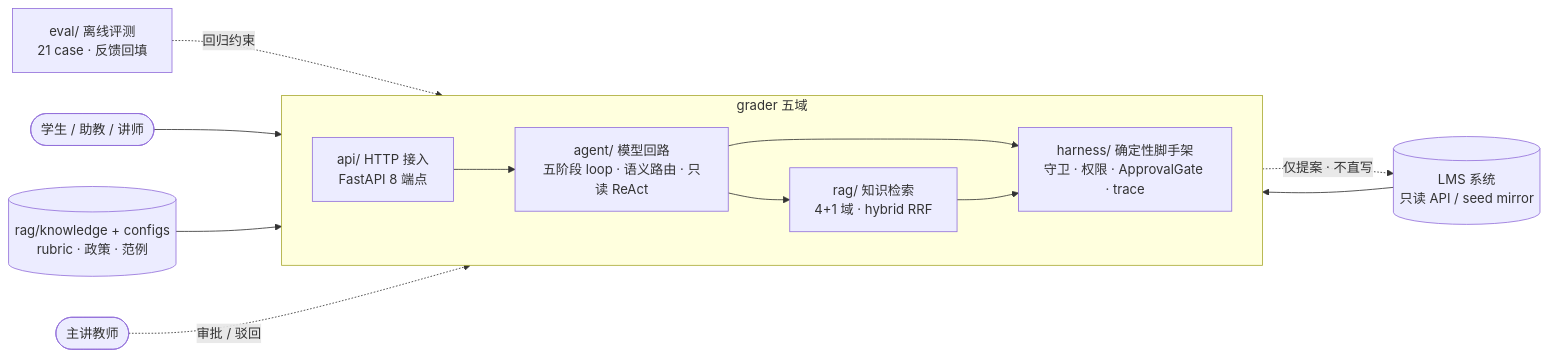
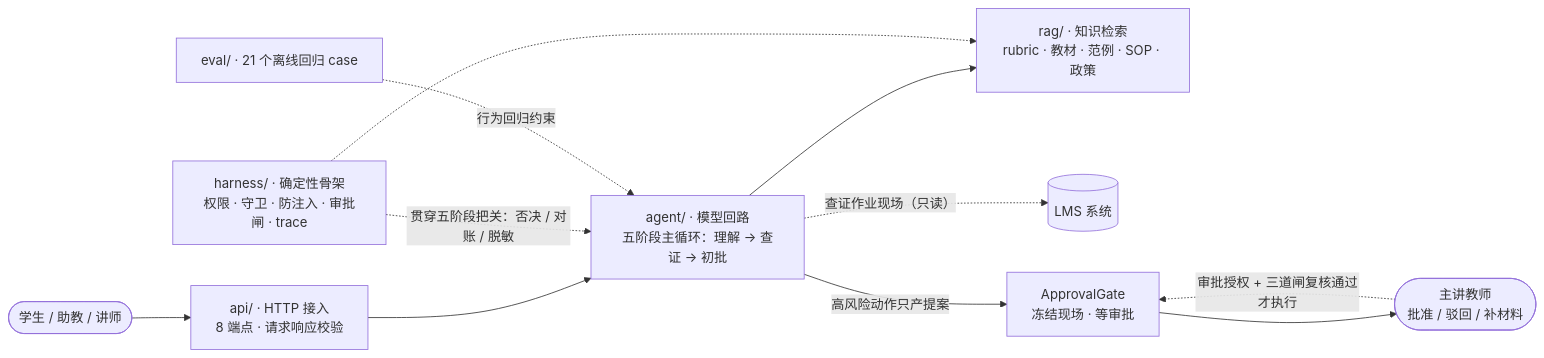
The first of 2 diagrams in README.md (erictrainnlpinxihu/Grader-agent), drawn with Mermaid before and after one commit. The commit also changed other lines of this file and 16 other files, not shown here.

````diff
--- a/README.md
+++ b/README.md
@@ -39,16 +50,14 @@
 ```mermaid
 flowchart LR
-    subgraph DOMAINS["grader 五域"]
-      direction LR
-      API["api/ HTTP 接入<br/>FastAPI 8 端点"] --> AGENT["agent/ 模型回路<br/>五阶段 loop · 语义路由 · 只读 ReAct"]
-      AGENT --> RAG["rag/ 知识检索<br/>4+1 域 · hybrid RRF"]
-      AGENT --> HARNESS["harness/ 确定性脚手架<br/>守卫 · 权限 · ApprovalGate · trace"]
-      RAG --> HARNESS
-    end
-    EVAL["eval/ 离线评测<br/>21 case · 反馈回填"] -.->|回归约束| AGENT
-    U(["学生 / 助教 / 讲师"]) --> API
-    KB[("rag/knowledge + configs<br/>rubric · 政策 · 范例")] --> RAG
-    LMS[("LMS 系统<br/>只读 API / seed mirror")] --> HARNESS
-    INS(["主讲教师"]) -. 审批 / 驳回 .-> HARNESS
-    HARNESS -. 仅提案 · 不直写 .-> LMS
+    U(["学生 / 助教 / 讲师"]) --> API["api/ · HTTP 接入<br/>8 端点 · 请求响应校验"]
+    API --> AGENT["agent/ · 模型回路<br/>五阶段主循环：理解 → 查证 → 初批"]
+    AGENT --> RAG["rag/ · 知识检索<br/>rubric · 教材 · 范例 · SOP · 政策"]
+    AGENT -.->|"查证作业现场（只读）"| LMS[("LMS 系统")]
+    AGENT -->|"高风险动作只产提案"| HITL["ApprovalGate<br/>冻结现场 · 等审批"]
+    HITL --> INS(["主讲教师<br/>批准 / 驳回 / 补材料"])
+    INS -.->|"审批授权 + 三道闸复核通过才执行"| HITL
+    HARNESS["harness/ · 确定性骨架<br/>权限 · 守卫 · 防注入 · 审批闸 · trace"]
+    HARNESS -.->|"贯穿五阶段把关：否决 / 对账 / 脱敏"| AGENT
+    HARNESS -.-> RAG
+    EVAL["eval/ · 21 个离线回归 case"] -.->|"行为回归约束"| AGENT
 ```
````
